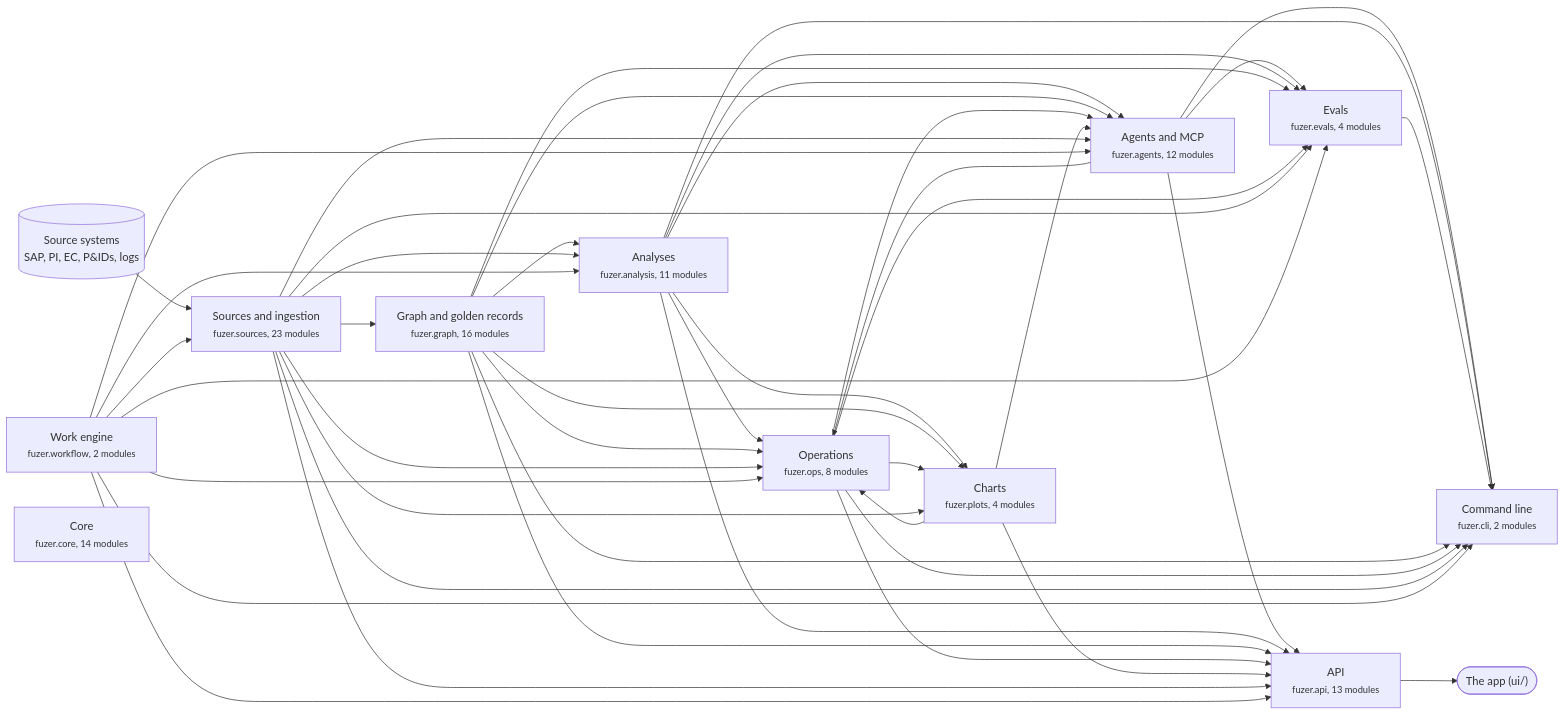
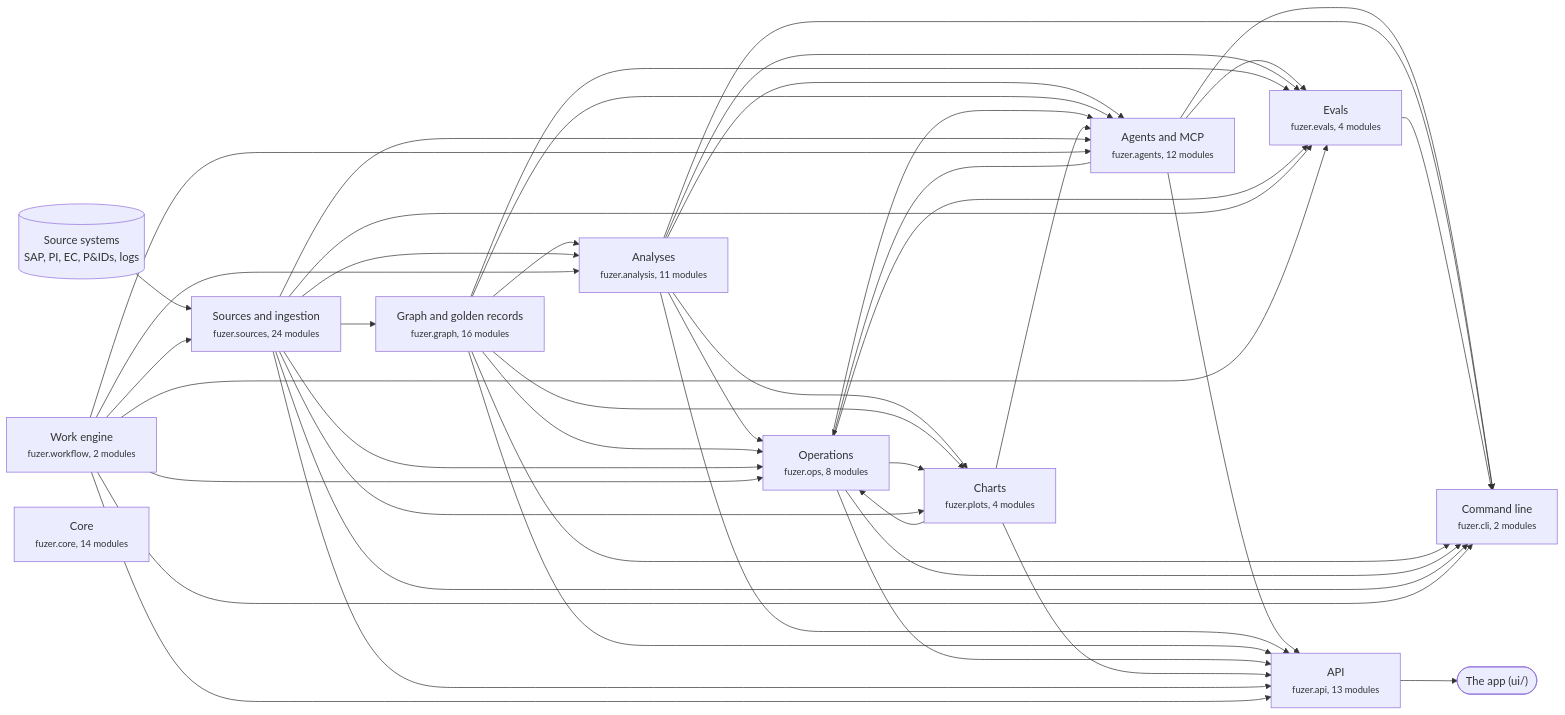
The first of 3 diagrams in docs/architecture.md (areed145/fuzer), drawn with Mermaid before and after one commit. The commit also changed other lines of this file and 15 other files, not shown here.

````diff
--- a/docs/architecture.md
+++ b/docs/architecture.md
@@ -8,69 +8,69 @@
 ```mermaid
 flowchart LR
   systems[("Source systems<br>SAP, PI, EC, P&IDs, logs")] --> c_sources
   app(["The app (ui/)"])
   c_api --> app
-  c_sources["Sources and ingestion<br><small>fuzer.sources, 23 modules</small>"]
+  c_sources["Sources and ingestion<br><small>fuzer.sources, 24 modules</small>"]
   c_graph["Graph and golden records<br><small>fuzer.graph, 16 modules</small>"]
   c_analysis["Analyses<br><small>fuzer.analysis, 11 modules</small>"]
   c_ops["Operations<br><small>fuzer.ops, 8 modules</small>"]
   c_plots["Charts<br><small>fuzer.plots, 4 modules</small>"]
   c_workflow["Work engine<br><small>fuzer.workflow, 2 modules</small>"]
   c_agents["Agents and MCP<br><small>fuzer.agents, 12 modules</small>"]
   c_evals["Evals<br><small>fuzer.evals, 4 modules</small>"]
   c_api["API<br><small>fuzer.api, 13 modules</small>"]
   c_cli["Command line<br><small>fuzer.cli, 2 modules</small>"]
   c_core["Core<br><small>fuzer.core, 14 modules</small>"]
   c_workflow --> c_sources
   c_sources --> c_graph
   c_graph --> c_analysis
   c_sources --> c_analysis
   c_workflow --> c_analysis
   c_agents --> c_ops
   c_analysis --> c_ops
   c_graph --> c_ops
   c_plots --> c_ops
   c_sources --> c_ops
   c_workflow --> c_ops
   c_analysis --> c_plots
   c_graph --> c_plots
   c_ops --> c_plots
   c_sources --> c_plots
   c_analysis --> c_agents
   c_graph --> c_agents
   c_ops --> c_agents
   c_plots --> c_agents
   c_sources --> c_agents
   c_workflow --> c_agents
   c_agents --> c_evals
   c_analysis --> c_evals
   c_graph --> c_evals
   c_ops --> c_evals
   c_sources --> c_evals
   c_workflow --> c_evals
   c_agents --> c_api
   c_analysis --> c_api
   c_graph --> c_api
   c_ops --> c_api
   c_plots --> c_api
   c_sources --> c_api
   c_workflow --> c_api
   c_agents --> c_cli
   c_analysis --> c_cli
   c_evals --> c_cli
   c_graph --> c_cli
   c_ops --> c_cli
   c_sources --> c_cli
   c_workflow --> c_cli
   click c_sources "https://github.com/areed145/fuzer/tree/main/src/fuzer/sources"
   click c_graph "https://github.com/areed145/fuzer/tree/main/src/fuzer/graph"
   click c_analysis "https://github.com/areed145/fuzer/tree/main/src/fuzer/analysis"
   click c_ops "https://github.com/areed145/fuzer/tree/main/src/fuzer/ops"
   click c_plots "https://github.com/areed145/fuzer/tree/main/src/fuzer/plots"
   click c_workflow "https://github.com/areed145/fuzer/tree/main/src/fuzer/workflow"
   click c_agents "https://github.com/areed145/fuzer/tree/main/src/fuzer/agents"
   click c_evals "https://github.com/areed145/fuzer/tree/main/src/fuzer/evals"
   click c_api "https://github.com/areed145/fuzer/tree/main/src/fuzer/api"
   click c_cli "https://github.com/areed145/fuzer/tree/main/src/fuzer/cli"
   click c_core "https://github.com/areed145/fuzer/tree/main/src/fuzer/core"
 ```
````
